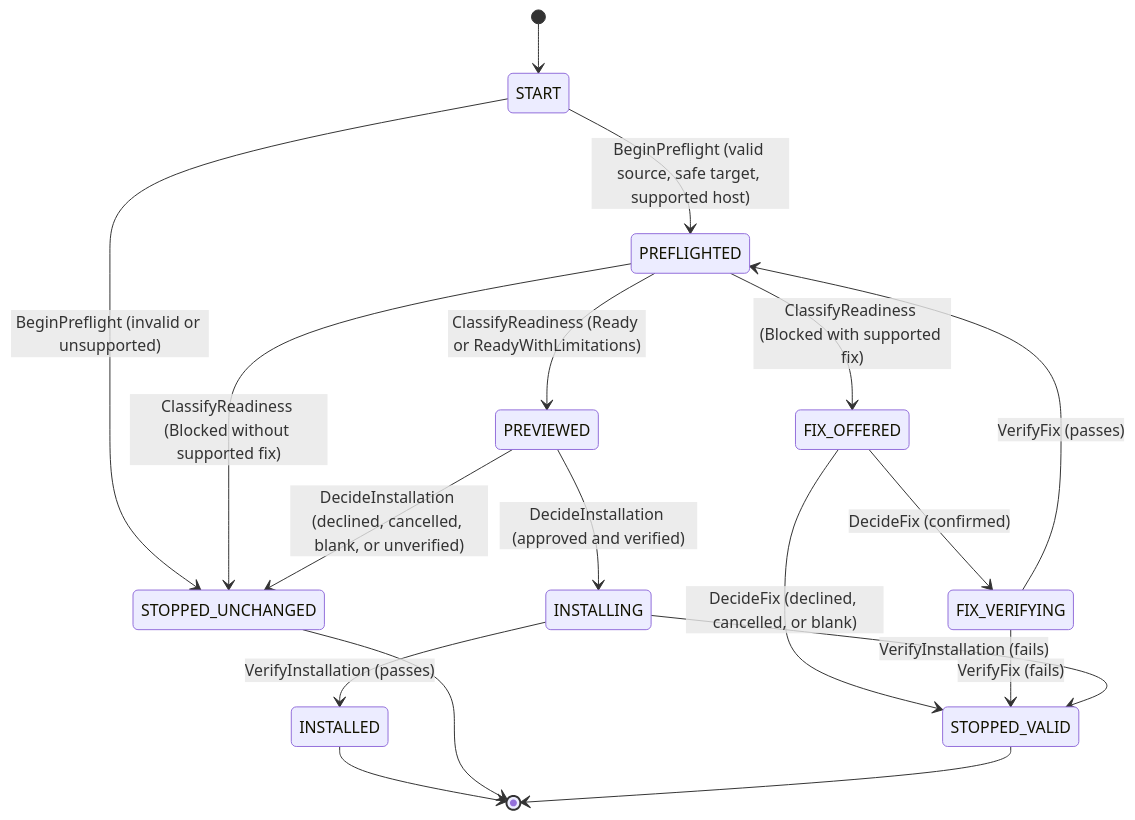
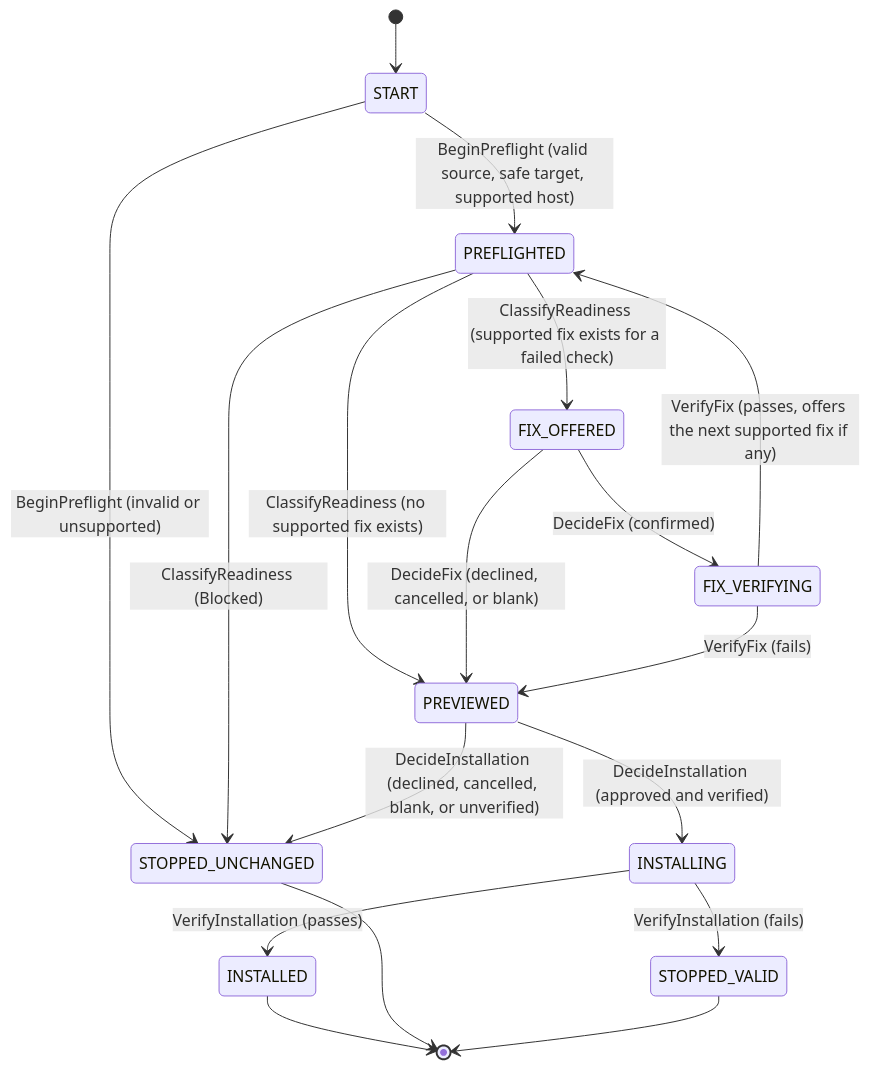
Before and after one commit to matthiasdaues/agent_factory: the ninth of 10 diagrams in docs/spec/supplementary_specs/state-machines.md, drawn with Mermaid. The commit also changed other lines of this file and 4 other files, not shown here.

````diff
--- a/docs/spec/supplementary_specs/state-machines.md
+++ b/docs/spec/supplementary_specs/state-machines.md
@@ -492,20 +492,20 @@
 ```mermaid
 stateDiagram-v2
     [*] --> START
     START --> PREFLIGHTED : BeginPreflight (valid source, safe target, supported host)
     START --> STOPPED_UNCHANGED : BeginPreflight (invalid or unsupported)
-    PREFLIGHTED --> PREVIEWED : ClassifyReadiness (Ready or ReadyWithLimitations)
-    PREFLIGHTED --> FIX_OFFERED : ClassifyReadiness (Blocked with supported fix)
-    PREFLIGHTED --> STOPPED_UNCHANGED : ClassifyReadiness (Blocked without supported fix)
+    PREFLIGHTED --> FIX_OFFERED : ClassifyReadiness (supported fix exists for a failed check)
+    PREFLIGHTED --> PREVIEWED : ClassifyReadiness (no supported fix exists)
+    PREFLIGHTED --> STOPPED_UNCHANGED : ClassifyReadiness (Blocked)
     FIX_OFFERED --> FIX_VERIFYING : DecideFix (confirmed)
-    FIX_OFFERED --> STOPPED_VALID : DecideFix (declined, cancelled, or blank)
-    FIX_VERIFYING --> PREFLIGHTED : VerifyFix (passes)
-    FIX_VERIFYING --> STOPPED_VALID : VerifyFix (fails)
+    FIX_OFFERED --> PREVIEWED : DecideFix (declined, cancelled, or blank)
+    FIX_VERIFYING --> PREFLIGHTED : VerifyFix (passes, offers the next supported fix if any)
+    FIX_VERIFYING --> PREVIEWED : VerifyFix (fails)
     PREVIEWED --> INSTALLING : DecideInstallation (approved and verified)
     PREVIEWED --> STOPPED_UNCHANGED : DecideInstallation (declined, cancelled, blank, or unverified)
     INSTALLING --> INSTALLED : VerifyInstallation (passes)
     INSTALLING --> STOPPED_VALID : VerifyInstallation (fails)
     INSTALLED --> [*]
     STOPPED_UNCHANGED --> [*]
     STOPPED_VALID --> [*]
 ```
````
